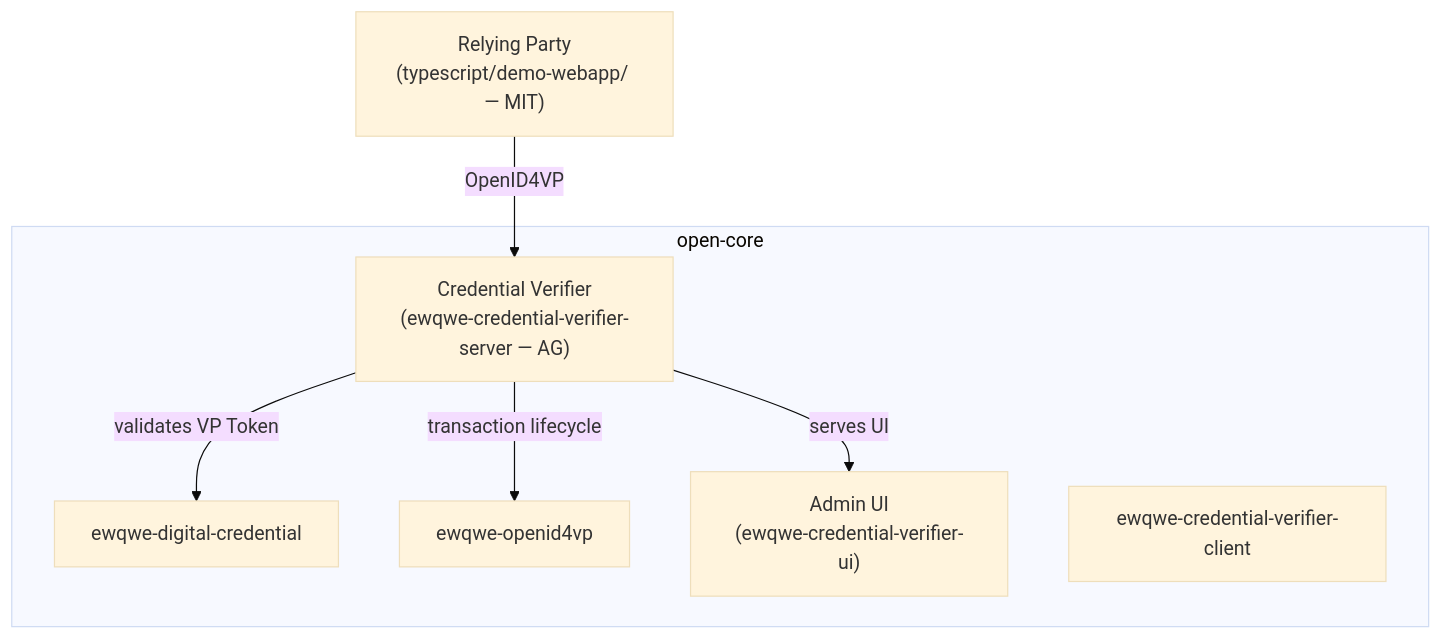
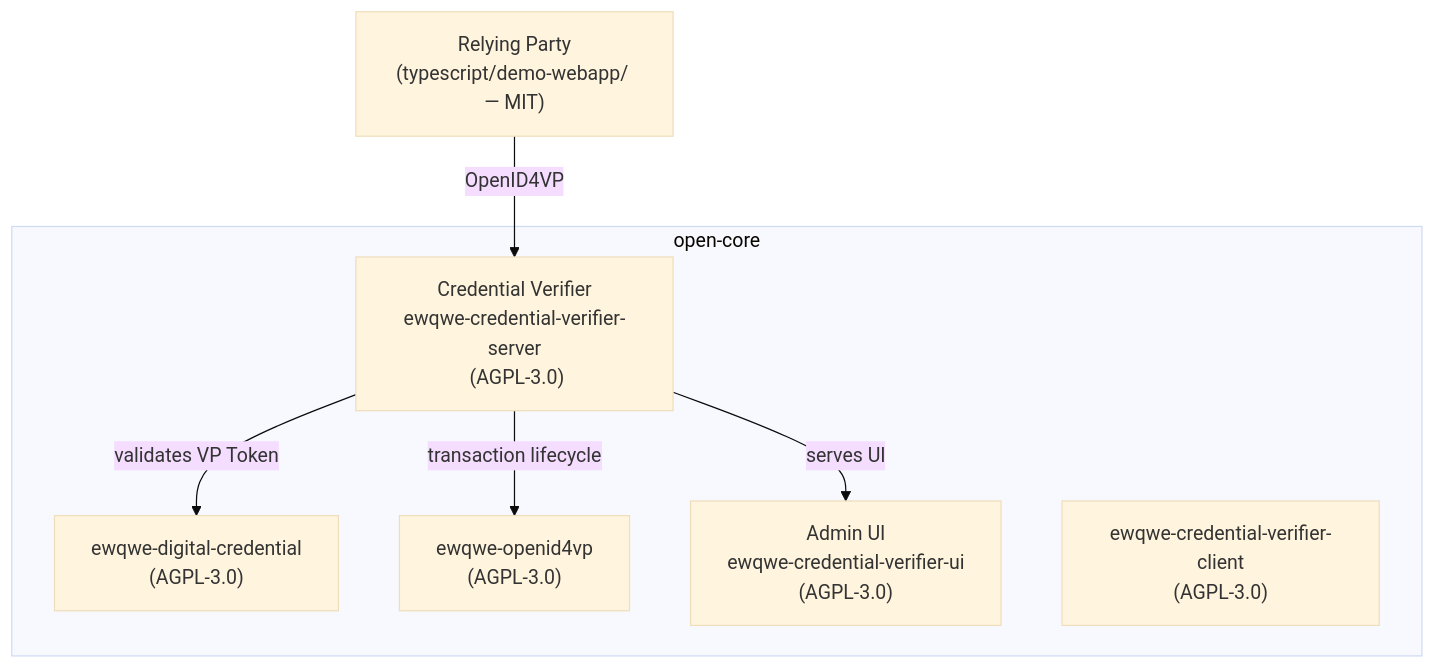
The diagram in README.md (rd-ewqwe/ewqwe-identity), drawn with Mermaid (base theme) before and after one commit. The commit also changed other lines of this file, not shown here.

````diff
--- a/README.md
+++ b/README.md
@@ -34,14 +34,14 @@
 ```mermaid
 graph TD
-    RP["Relying Party<br/>(typescript/demo-webapp/ — MIT)"] -->|OpenID4VP| VERIFIER["Credential Verifier<br/>(ewqwe-credential-verifier-server — AG)"]
-    VERIFIER -->|validates VP Token| CRYPTO["ewqwe-digital-credential"]
-    VERIFIER -->|transaction lifecycle| OPENID4VP["ewqwe-openid4vp"]
-    VERIFIER -->|serves UI| UI["Admin UI<br/>(ewqwe-credential-verifier-ui)"]
+    RP["Relying Party<br/>(typescript/demo-webapp/ — MIT)"] -->|OpenID4VP| VERIFIER["Credential Verifier<br/>ewqwe-credential-verifier-server<br/> (AGPL-3.0)"]
+    VERIFIER -->|validates VP Token| CRYPTO["ewqwe-digital-credential<br/>(AGPL-3.0)"]
+    VERIFIER -->|transaction lifecycle| OPENID4VP["ewqwe-openid4vp<br/>(AGPL-3.0)"]
+    VERIFIER -->|serves UI| UI["Admin UI<br/>ewqwe-credential-verifier-ui<br/>(AGPL-3.0)"]
     subgraph open-core
         CRYPTO
         OPENID4VP
         VERIFIER
         UI
-        CLIENT["ewqwe-credential-verifier-client"]
+        CLIENT["ewqwe-credential-verifier-client<br/>(AGPL-3.0)"]
     end
 ```
````
